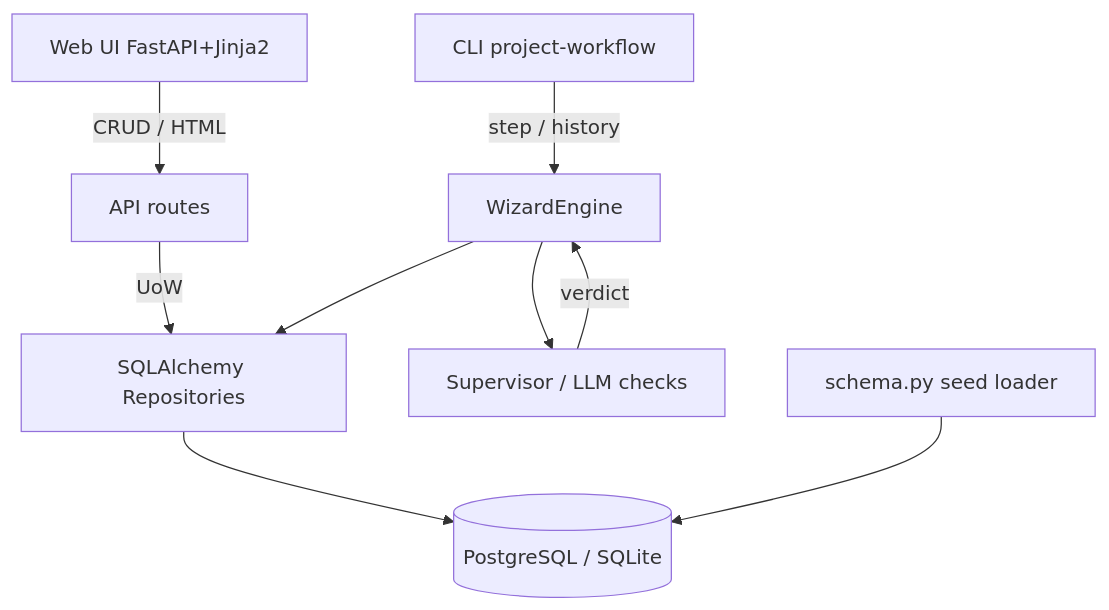
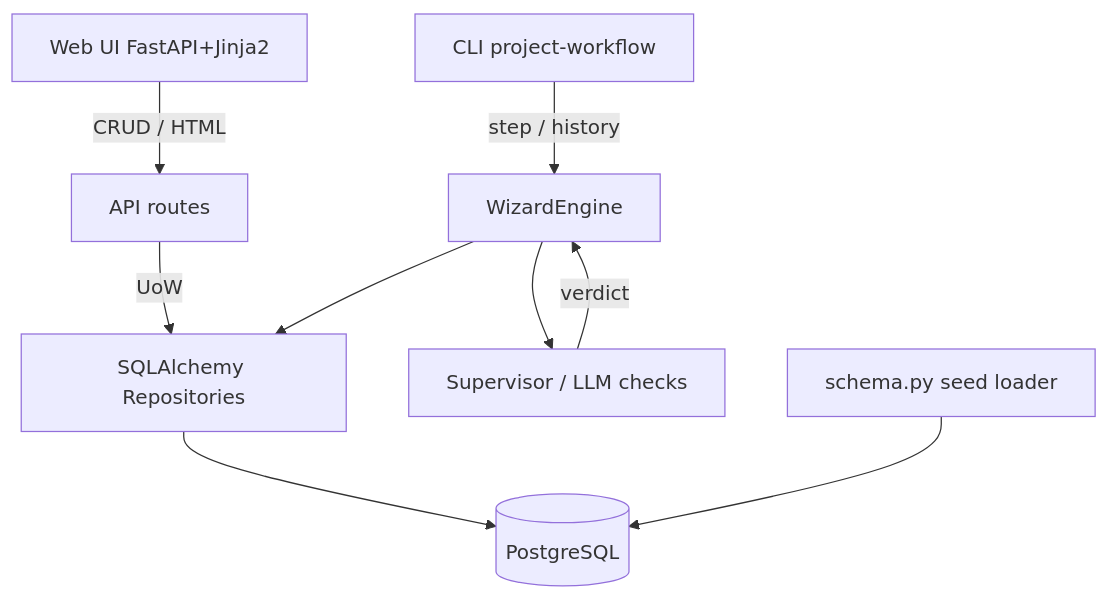
One commit to FerrPOINT/project-workflow changed the diagram in README.md. Above: the diagram before and after it, drawn with Mermaid. The commit also changed other lines of this file and 29 other files, not shown here.

First line of the commit message:
Migrate project-workflow to PostgreSQL single-stack

````diff
--- a/README.md
+++ b/README.md
@@ -118,11 +124,11 @@
 ```mermaid
 flowchart TD
     CLI[CLI project-workflow] -->|step / history| WE[WizardEngine]
     UI[Web UI FastAPI+Jinja2] -->|CRUD / HTML| API[API routes]
     API -->|UoW| Repo[SQLAlchemy Repositories]
     WE --> Repo
-    Repo --> DB[(PostgreSQL / SQLite)]
+    Repo --> DB[(PostgreSQL)]
     WE --> SV[Supervisor / LLM checks]
     SV -->|verdict| WE
     Seed[schema.py seed loader] --> DB
 ```
````
